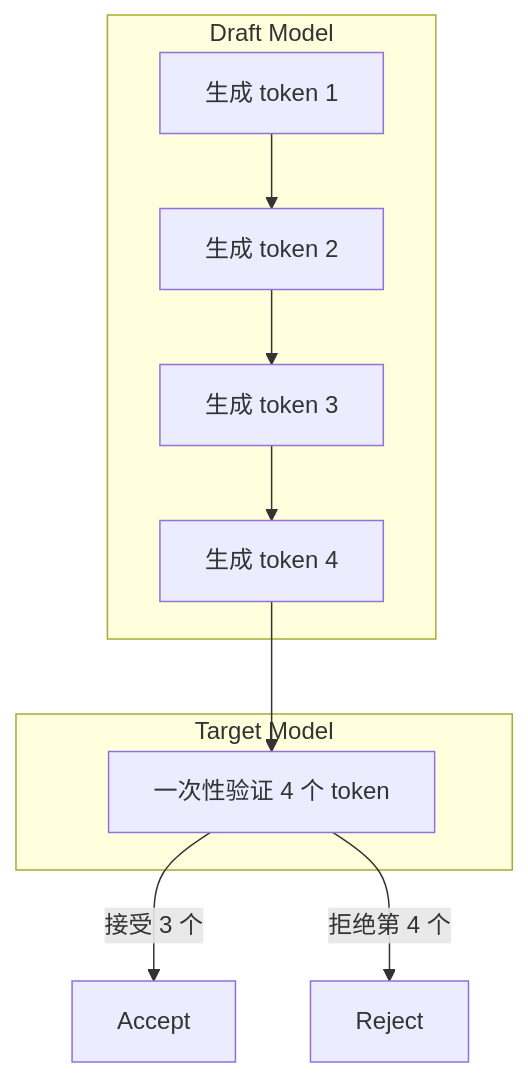
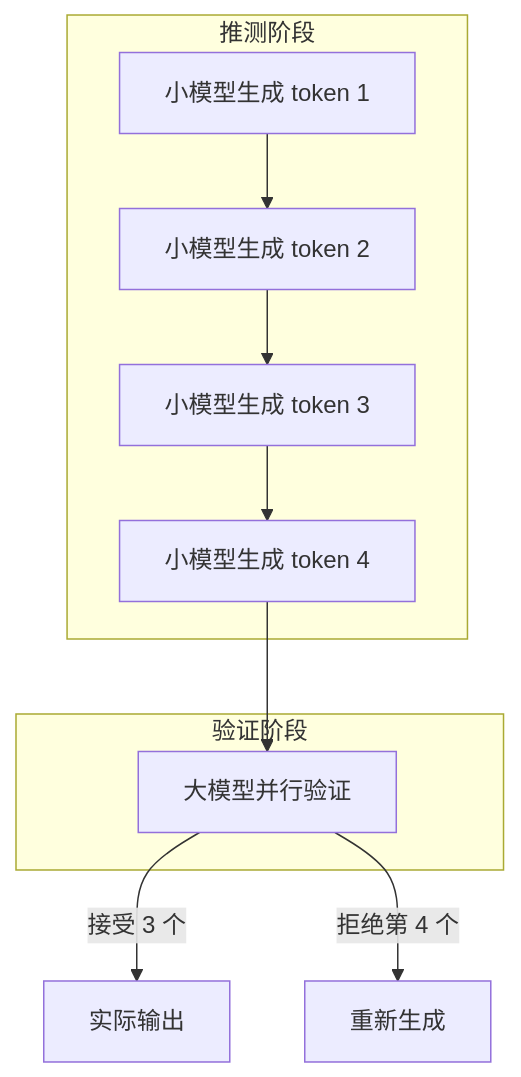
Before and after one commit to Xunzhuo/mini-sglang: the fifth of 8 diagrams in learning/website/docs/basics/14-inference-process.md, drawn with Mermaid. The commit also changed other lines of this file and 23 other files, not shown here.

````diff
--- a/learning/website/docs/basics/14-inference-process.md
+++ b/learning/website/docs/basics/14-inference-process.md
@@ -223,17 +214,17 @@
 ```mermaid
 graph TB
-    subgraph Draft Model
-        D1[生成 token 1]
-        D2[生成 token 2]
-        D3[生成 token 3]
-        D4[生成 token 4]
+    subgraph "推测阶段"
+        S1[小模型生成 token 1]
+        S2[小模型生成 token 2]
+        S3[小模型生成 token 3]
+        S4[小模型生成 token 4]
     end
     
-    subgraph Target Model
-        T[一次性验证 4 个 token]
+    subgraph "验证阶段"
+        V1[大模型并行验证]
     end
     
-    D1 --> D2 --> D3 --> D4 --> T
-    T -->|接受 3 个| Accept
-    T -->|拒绝第 4 个| Reject
+    S1 --> S2 --> S3 --> S4 --> V1
+    V1 -->|接受 3 个| A1[实际输出]
+    V1 -->|拒绝第 4 个| A2[重新生成]
 ```
````
